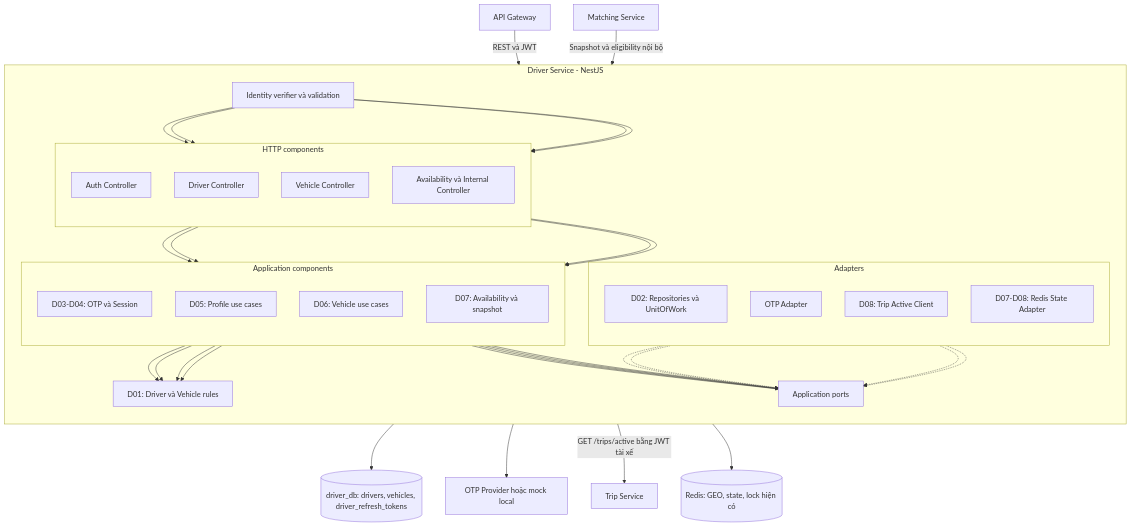
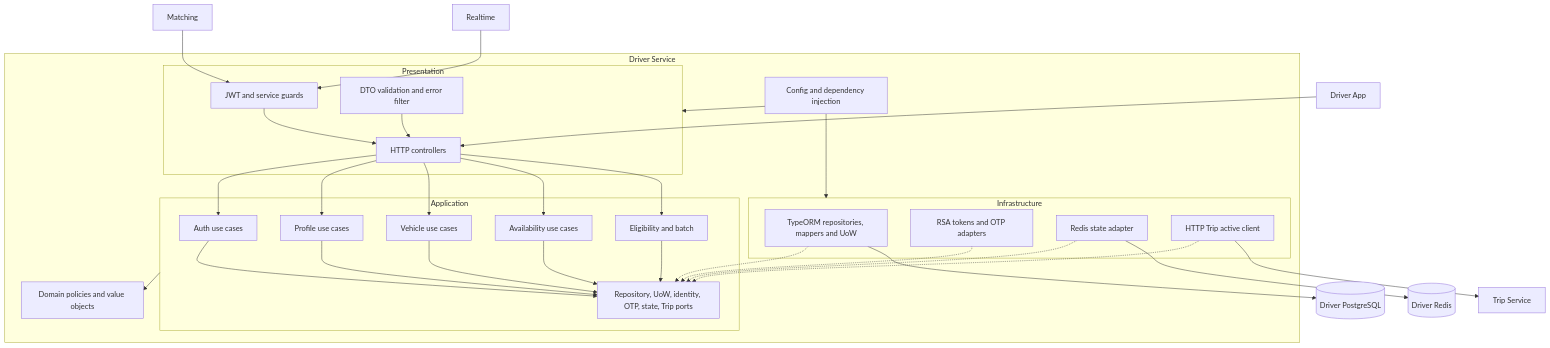
One commit to fukdinh136/chande changed the first of 2 diagrams in service/driver-service/docs/kien-truc.md. Above: the diagram before and after it, drawn with Mermaid. The commit also changed other lines of this file and 243 other files, not shown here.

First line of the commit message:
feat: add driver and realtime services

````diff
--- a/service/driver-service/docs/kien-truc.md
+++ b/service/driver-service/docs/kien-truc.md
@@ -15,62 +13,57 @@
 ```mermaid
 flowchart TB
-    Gateway["API Gateway"]
-    Matching["Matching Service"]
-    Trip["Trip Service"]
-    Provider["OTP Provider hoặc mock local"]
-    subgraph Driver["Driver Service - NestJS"]
-        direction TB
-        Guard["Identity verifier và validation"]
-        subgraph Presentation["HTTP components"]
-            direction TB
-            AuthC["Auth Controller"]
-            ProfileC["Driver Controller"]
-            VehicleC["Vehicle Controller"]
-            StateC["Availability và Internal Controller"]
-        end
-        subgraph Application["Application components"]
-            direction TB
-            Auth["D03-D04: OTP và Session"]
-            Profile["D05: Profile use cases"]
-            Vehicle["D06: Vehicle use cases"]
-            State["D07: Availability và snapshot"]
-        end
-        Domain["D01: Driver và Vehicle rules"]
-        Ports["Application ports"]
-        subgraph Infrastructure["Adapters"]
-            direction TB
-            Store["D02: Repositories và UnitOfWork"]
-            OTP["OTP Adapter"]
-            TripClient["D08: Trip Active Client"]
-            Cache["D07-D08: Redis State Adapter"]
-        end
-        Guard --> AuthC
-        Guard --> ProfileC
-        Guard --> VehicleC
-        Guard --> StateC
-        AuthC --> Auth
-        ProfileC --> Profile
-        VehicleC --> Vehicle
-        StateC --> State
-        Auth --> Domain
-        Profile --> Domain
-        Vehicle --> Domain
-        State --> Domain
-        Auth --> Ports
-        Profile --> Ports
-        Vehicle --> Ports
-        State --> Ports
-        Store -.-> Ports
-        OTP -.-> Ports
-        TripClient -.-> Ports
-        Cache -.-> Ports
+  App["Driver App"]
+  Matching["Matching"]
+  Realtime["Realtime"]
+  subgraph Driver["Driver Service"]
+    subgraph Presentation["Presentation"]
+      Controllers["HTTP controllers"]
+      Guards["JWT and service guards"]
+      DTO["DTO validation and error filter"]
     end
-    DB[("driver_db: drivers, vehicles, driver_refresh_tokens")]
-    Redis[("Redis: GEO, state, lock hiện có")]
-    Gateway -->|"REST và JWT"| Guard
-    Matching -->|"Snapshot và eligibility nội bộ"| Guard
-    Store --> DB
-    OTP --> Provider
-    TripClient -->|"GET /trips/active bằng JWT tài xế"| Trip
-    Cache --> Redis
+    subgraph Application["Application"]
+      Auth["Auth use cases"]
+      Profile["Profile use cases"]
+      Vehicle["Vehicle use cases"]
+      Availability["Availability use cases"]
+      Eligibility["Eligibility and batch"]
+      Ports["Repository, UoW, identity, OTP, state, Trip ports"]
+    end
+    Domain["Domain policies and value objects"]
+    subgraph Infrastructure["Infrastructure"]
+      Persistence["TypeORM repositories, mappers and UoW"]
+      RSA["RSA tokens and OTP adapters"]
+      RedisAdapter["Redis state adapter"]
+      TripClient["HTTP Trip active client"]
+    end
+    Bootstrap["Config and dependency injection"]
+  end
+  PG[("Driver PostgreSQL")]
+  Cache[("Driver Redis")]
+  Trip["Trip Service"]
+  App --> Controllers
+  Matching --> Guards
+  Realtime --> Guards
+  Guards --> Controllers
+  DTO --> Controllers
+  Controllers --> Auth
+  Controllers --> Profile
+  Controllers --> Vehicle
+  Controllers --> Availability
+  Controllers --> Eligibility
+  Auth --> Ports
+  Profile --> Ports
+  Vehicle --> Ports
+  Availability --> Ports
+  Eligibility --> Ports
+  Application --> Domain
+  Persistence -.-> Ports
+  RSA -.-> Ports
+  RedisAdapter -.-> Ports
+  TripClient -.-> Ports
+  Persistence --> PG
+  RedisAdapter --> Cache
+  TripClient --> Trip
+  Bootstrap --> Presentation
+  Bootstrap --> Infrastructure
 ```
````
